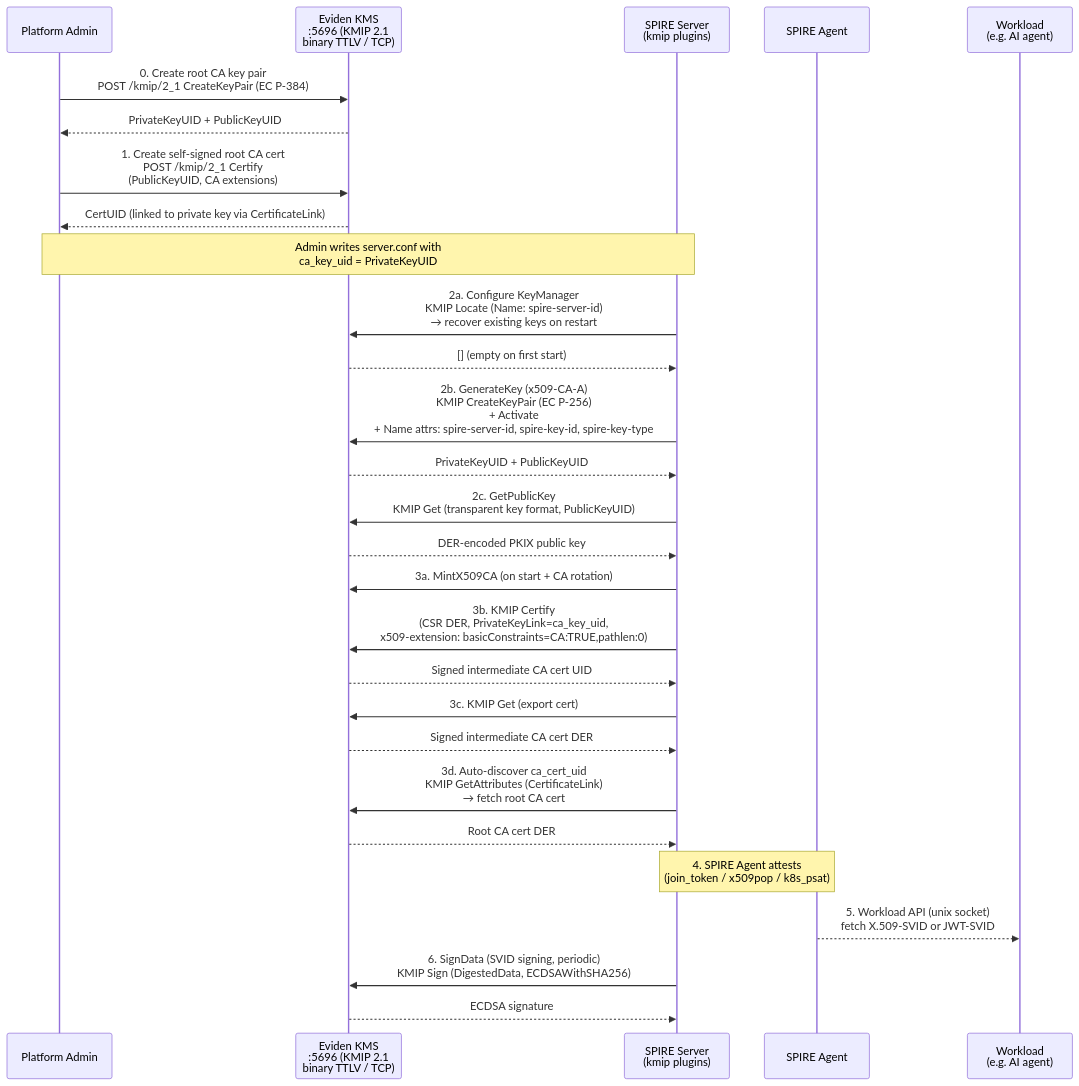
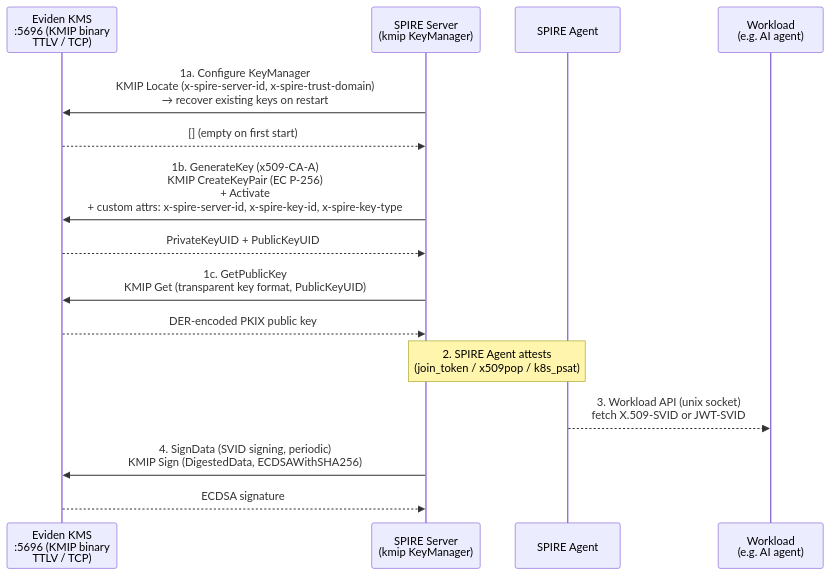
One commit to Cosmian/kms changed the second of 4 diagrams in documentation/docs/integrations/spire_spiffe_kmip_plugin.md. Above: the diagram before and after it, drawn with Mermaid. The commit also changed other lines of this file and 16 other files, not shown here.

Commit message:
feat: support Certify on KMIP 1.x

````diff
--- a/documentation/docs/integrations/spire_spiffe_kmip_plugin.md
+++ b/documentation/docs/integrations/spire_spiffe_kmip_plugin.md
@@ -26,41 +61,22 @@
 ```mermaid
 sequenceDiagram
-    participant Admin as Platform Admin
-    participant KMS as Eviden KMS<br/>:5696 (KMIP 2.1<br/>binary TTLV / TCP)
-    participant Server as SPIRE Server<br/>(kmip plugins)
+    participant KMS as Eviden KMS<br/>:5696 (KMIP binary<br/>TTLV / TCP)
+    participant Server as SPIRE Server<br/>(kmip KeyManager)
     participant Agent as SPIRE Agent
     participant Workload as Workload<br/>(e.g. AI agent)
 
-    Admin->>KMS: 0. Create root CA key pair<br/>POST /kmip/2_1 CreateKeyPair (EC P-384)
-    KMS-->>Admin: PrivateKeyUID + PublicKeyUID
-
-    Admin->>KMS: 1. Create self-signed root CA cert<br/>POST /kmip/2_1 Certify<br/>(PublicKeyUID, CA extensions)
-    KMS-->>Admin: CertUID (linked to private key via CertificateLink)
-
-    Note over Admin,Server: Admin writes server.conf with<br/>ca_key_uid = PrivateKeyUID
-
-    Server->>KMS: 2a. Configure KeyManager<br/>KMIP Locate (Name: spire-server-id)<br/>→ recover existing keys on restart
+    Server->>KMS: 1a. Configure KeyManager<br/>KMIP Locate (x-spire-server-id, x-spire-trust-domain)<br/>→ recover existing keys on restart
     KMS-->>Server: [] (empty on first start)
 
-    Server->>KMS: 2b. GenerateKey (x509-CA-A)<br/>KMIP CreateKeyPair (EC P-256)<br/>+ Activate<br/>+ Name attrs: spire-server-id, spire-key-id, spire-key-type
+    Server->>KMS: 1b. GenerateKey (x509-CA-A)<br/>KMIP CreateKeyPair (EC P-256)<br/>+ Activate<br/>+ custom attrs: x-spire-server-id, x-spire-key-id, x-spire-key-type
     KMS-->>Server: PrivateKeyUID + PublicKeyUID
 
-    Server->>KMS: 2c. GetPublicKey<br/>KMIP Get (transparent key format, PublicKeyUID)
+    Server->>KMS: 1c. GetPublicKey<br/>KMIP Get (transparent key format, PublicKeyUID)
     KMS-->>Server: DER-encoded PKIX public key
 
-    Server->>KMS: 3a. MintX509CA (on start + CA rotation)
-    Server->>KMS: 3b. KMIP Certify<br/>(CSR DER, PrivateKeyLink=ca_key_uid,<br/>x509-extension: basicConstraints=CA:TRUE,pathlen:0)
-    KMS-->>Server: Signed intermediate CA cert UID
+    Note over Server,Agent: 2. SPIRE Agent attests<br/>(join_token / x509pop / k8s_psat)
+    Agent-->>Workload: 3. Workload API (unix socket)<br/>fetch X.509-SVID or JWT-SVID
 
-    Server->>KMS: 3c. KMIP Get (export cert)
-    KMS-->>Server: Signed intermediate CA cert DER
-
-    Server->>KMS: 3d. Auto-discover ca_cert_uid<br/>KMIP GetAttributes (CertificateLink)<br/>→ fetch root CA cert
-    KMS-->>Server: Root CA cert DER
-
-    Note over Server,Agent: 4. SPIRE Agent attests<br/>(join_token / x509pop / k8s_psat)
-    Agent-->>Workload: 5. Workload API (unix socket)<br/>fetch X.509-SVID or JWT-SVID
-
-    Server->>KMS: 6. SignData (SVID signing, periodic)<br/>KMIP Sign (DigestedData, ECDSAWithSHA256)
+    Server->>KMS: 4. SignData (SVID signing, periodic)<br/>KMIP Sign (DigestedData, ECDSAWithSHA256)
     KMS-->>Server: ECDSA signature
 ```
````
